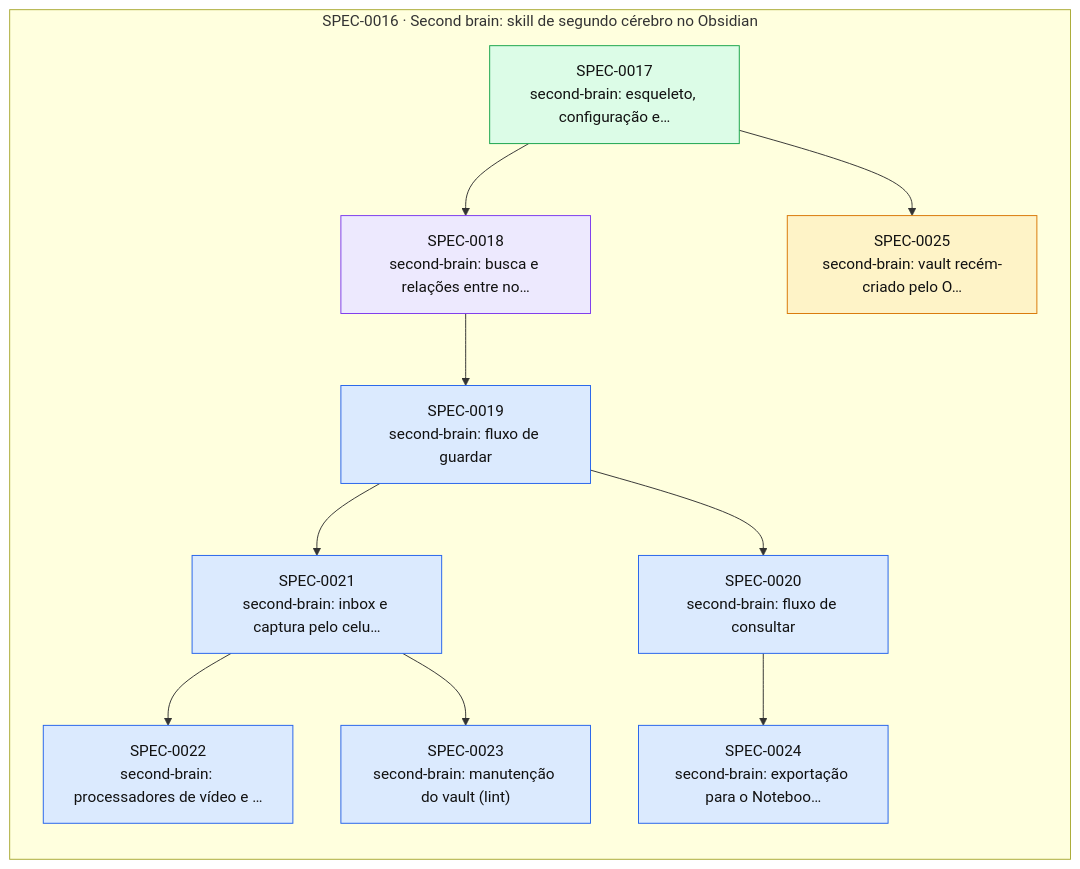
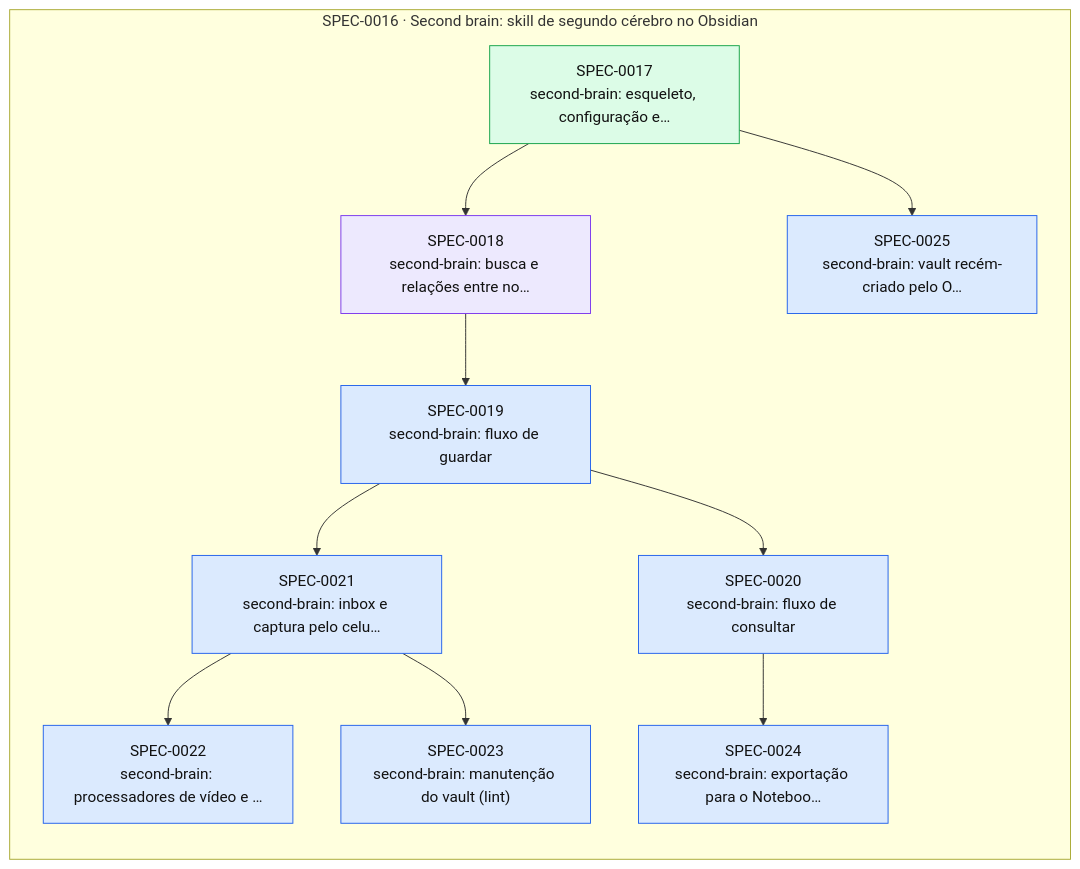
The diagram in docs/specs/INDEX.md (thomasravache/ai-dev-brain), drawn with Mermaid before and after one commit. The commit also changed other lines of this file and 1 other file, not shown here.

First line of the commit message:
docs(specs): G0 da SPEC-0025

````diff
--- a/docs/specs/INDEX.md
+++ b/docs/specs/INDEX.md
@@ -52,27 +52,27 @@
 ```mermaid
 flowchart LR
   subgraph E0016["SPEC-0016 · Second brain: skill de segundo cérebro no Obsidian"]
     S0017["SPEC-0017<br/>second-brain: esqueleto, configuração e…"]:::implemented
     S0018["SPEC-0018<br/>second-brain: busca e relações entre no…"]:::inprogress
     S0019["SPEC-0019<br/>second-brain: fluxo de guardar"]:::approved
     S0020["SPEC-0020<br/>second-brain: fluxo de consultar"]:::approved
     S0021["SPEC-0021<br/>second-brain: inbox e captura pelo celu…"]:::approved
     S0022["SPEC-0022<br/>second-brain: processadores de vídeo e …"]:::approved
     S0023["SPEC-0023<br/>second-brain: manutenção do vault (lint)"]:::approved
     S0024["SPEC-0024<br/>second-brain: exportação para o Noteboo…"]:::approved
-    S0025["SPEC-0025<br/>second-brain: vault recém-criado pelo O…"]:::proposed
+    S0025["SPEC-0025<br/>second-brain: vault recém-criado pelo O…"]:::approved
   end
   S0017 --> S0018
   S0018 --> S0019
   S0019 --> S0020
   S0019 --> S0021
   S0021 --> S0022
   S0021 --> S0023
   S0020 --> S0024
   S0017 --> S0025
   classDef proposed fill:#fef3c7,stroke:#d97706,color:#111
   classDef approved fill:#dbeafe,stroke:#2563eb,color:#111
   classDef inprogress fill:#ede9fe,stroke:#7c3aed,color:#111
   classDef implemented fill:#dcfce7,stroke:#16a34a,color:#111
   classDef deprecated fill:#f3f4f6,stroke:#9ca3af,color:#6b7280
 ```
````
